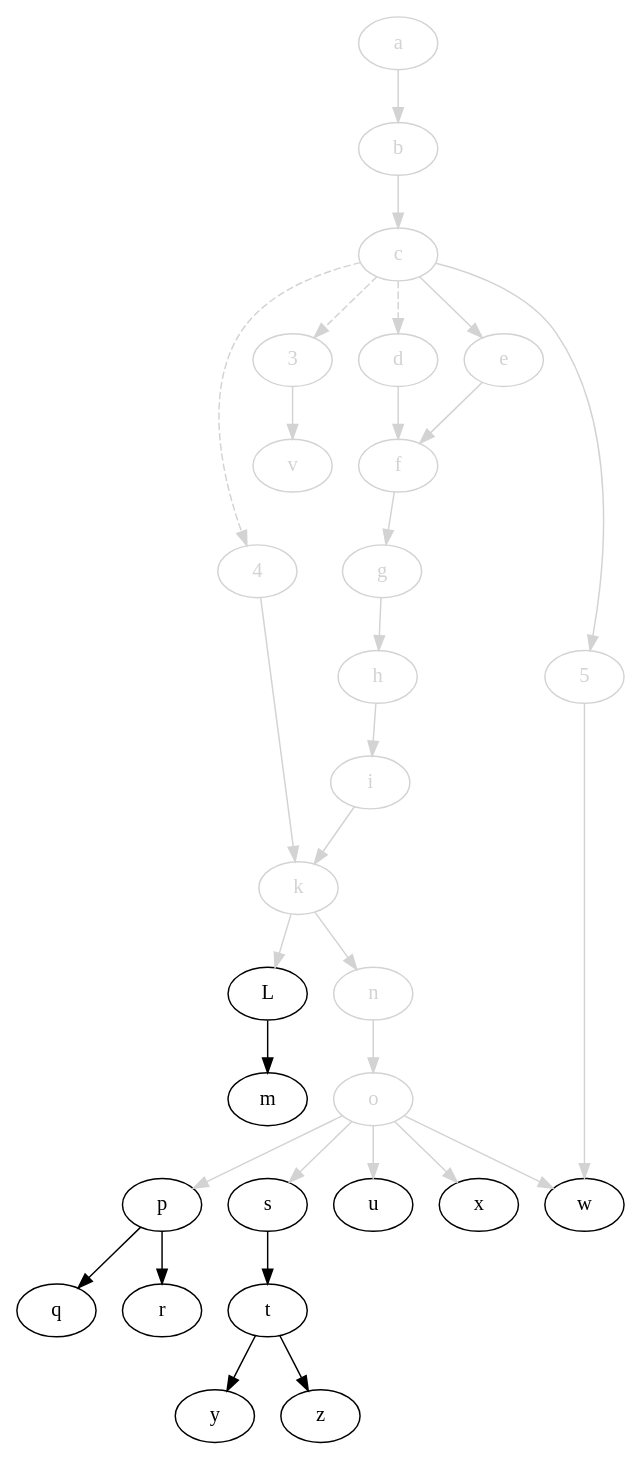
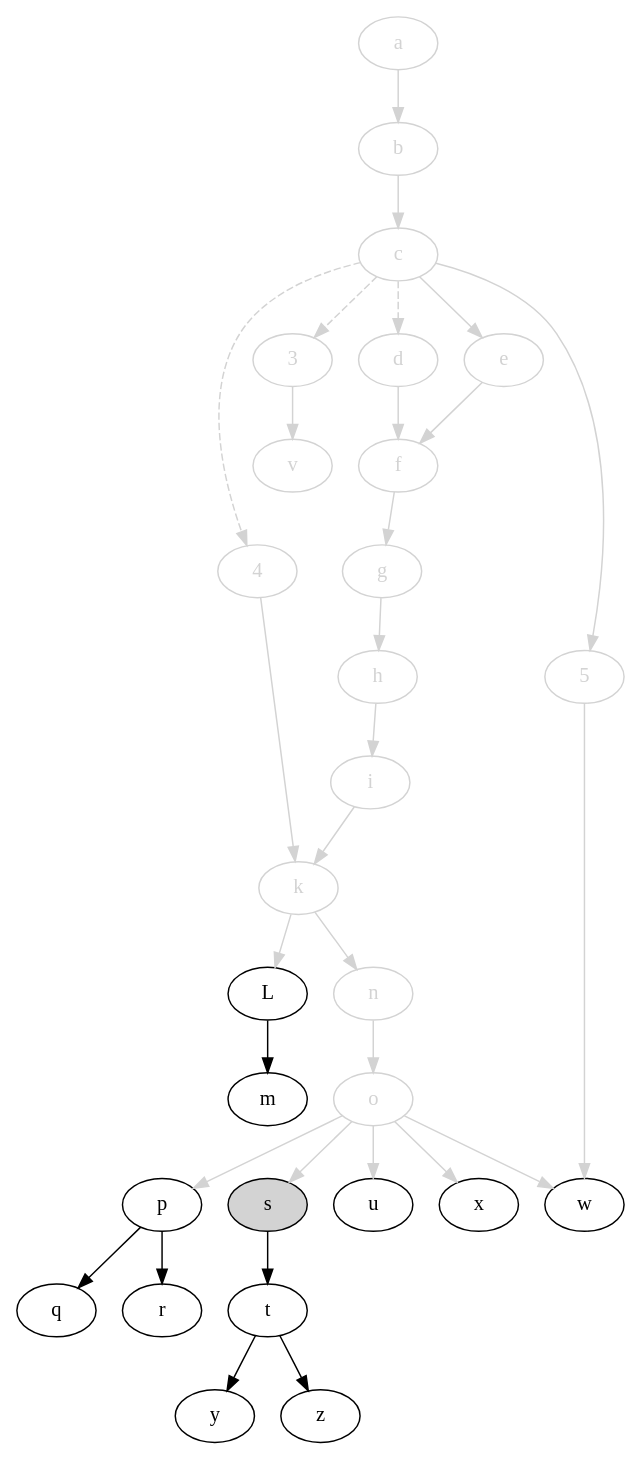
Before and after one commit to jdmpapin/svm-startup-deps: the diagram in svm-startup-deps.dot, drawn with Graphviz. The commit also changed 1 other file, not shown here.

```diff
--- a/svm-startup-deps.dot
+++ b/svm-startup-deps.dot
@@ -1,61 +1,61 @@
 digraph {
     4 [color=lightgrey,fontcolor=lightgrey];
     3 [color=lightgrey,fontcolor=lightgrey];
     a [color=lightgrey,fontcolor=lightgrey];
     b [color=lightgrey,fontcolor=lightgrey];
     c [color=lightgrey,fontcolor=lightgrey];
     d [color=lightgrey,fontcolor=lightgrey];
     e [color=lightgrey,fontcolor=lightgrey];
     f [color=lightgrey,fontcolor=lightgrey];
     g [color=lightgrey,fontcolor=lightgrey];
     h [color=lightgrey,fontcolor=lightgrey];
     i [color=lightgrey,fontcolor=lightgrey];
     k [color=lightgrey,fontcolor=lightgrey];
     L;
     m;
     5 [color=lightgrey,fontcolor=lightgrey];
     n [color=lightgrey,fontcolor=lightgrey];
     o [color=lightgrey,fontcolor=lightgrey];
     p;
     q;
     r;
-    s;
+    s [style=filled,fillcolor=lightgrey];
     t;
     u;
     v [color=lightgrey,fontcolor=lightgrey];
     w;
     x;
     y;
     z;
 
     4 -> k [color=lightgrey];
     c -> 4 [style=dashed,color=lightgrey];
     c -> 3 [style=dashed,color=lightgrey];
     c -> d [style=dashed,color=lightgrey];
     3 -> v [color=lightgrey];
     a -> b [color=lightgrey];
     b -> c [color=lightgrey];
     c -> e [color=lightgrey];
     c -> 5 [color=lightgrey];
     d -> f [color=lightgrey];
     e -> f [color=lightgrey];
     f -> g [color=lightgrey];
     g -> h [color=lightgrey];
     h -> i [color=lightgrey];
     i -> k [color=lightgrey];
     k -> L [color=lightgrey];
     L -> m;
     k -> n [color=lightgrey];
     n -> o [color=lightgrey];
     o -> p [color=lightgrey];
     p -> q;
     p -> r;
     o -> s [color=lightgrey];
     s -> t;
     o -> u [color=lightgrey];
     5 -> w [color=lightgrey];
     o -> w [color=lightgrey];
     o -> x [color=lightgrey];
     t -> y;
     t -> z;
 }
```
